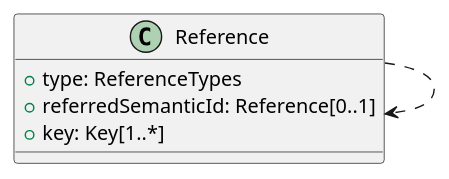
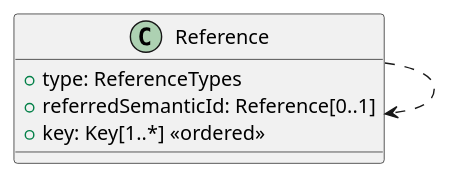
Before and after one commit to admin-shell-io/aas-specs: the diagram in documentation/IDTA-01001/modules/ROOT/partials/diagrams/classes/reference.puml, drawn with PlantUML.

Commit message:
add <<ordered>> to Reference/Key (table was correct)

```diff
--- a/documentation/IDTA-01001/modules/ROOT/partials/diagrams/classes/reference.puml
+++ b/documentation/IDTA-01001/modules/ROOT/partials/diagrams/classes/reference.puml
@@ -1,8 +1,8 @@
 @startuml
 class Reference {
   +type: ReferenceTypes
   +referredSemanticId: Reference[0..1]
-  +key: Key[1..*]
+  +key: Key[1..*] <<ordered>>
 }
 Reference ..> Reference
 @enduml
```
